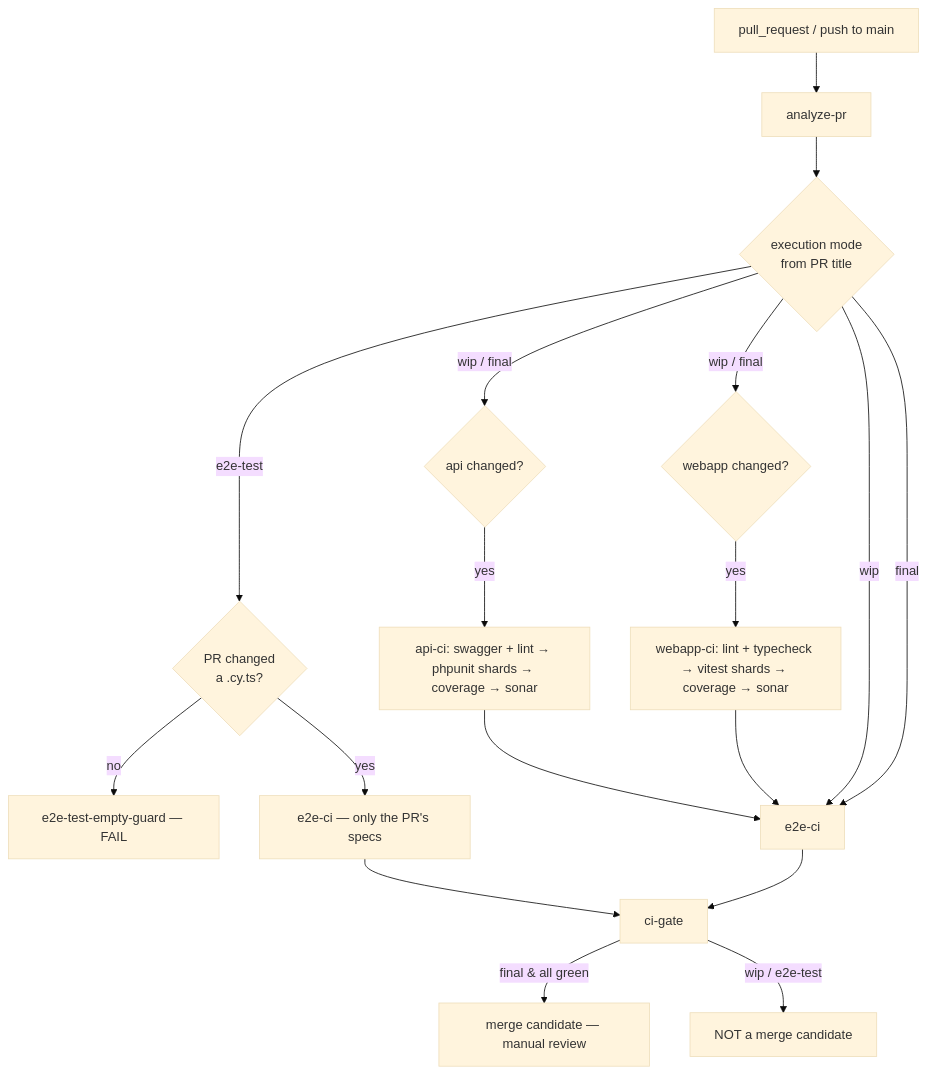
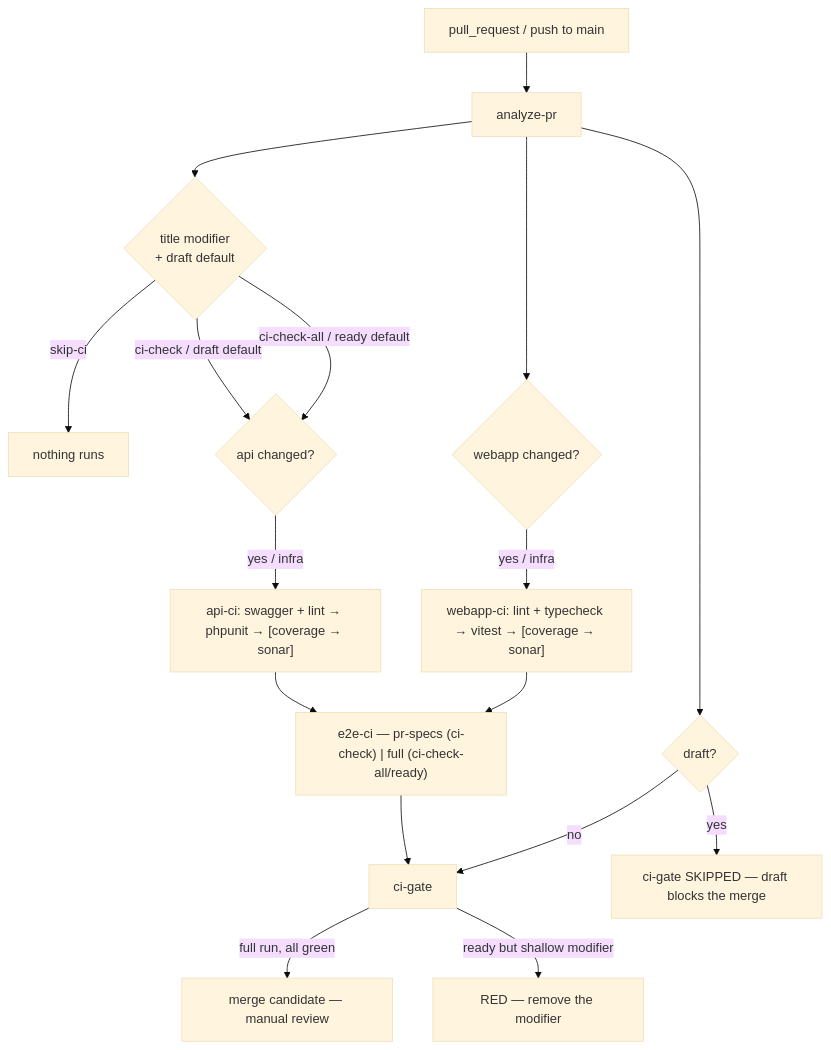
The diagram in doc/conventions/ci/pipeline.md (pakodiazdev/sushigo), drawn with Mermaid (base theme) before and after one commit. The commit also changed other lines of this file and 27 other files, not shown here.

````diff
--- a/doc/conventions/ci/pipeline.md
+++ b/doc/conventions/ci/pipeline.md
@@ -18,25 +18,23 @@
 ```mermaid
 flowchart TD
     PR[pull_request / push to main] --> A[analyze-pr]
-    A --> MODE{execution mode<br/>from PR title}
+    A --> DRAFT{draft?}
+    A --> SCOPE{title modifier<br/>+ draft default}
 
-    MODE -->|e2e-test| GUARD{PR changed<br/>a .cy.ts?}
-    GUARD -->|no| GFAIL[e2e-test-empty-guard — FAIL]
-    GUARD -->|yes| ECY[e2e-ci — only the PR's specs]
-    ECY --> GATE
+    SCOPE -->|skip-ci| NADA[nothing runs]
+    SCOPE -->|ci-check / draft default| AQ{api changed?}
+    SCOPE -->|ci-check-all / ready default| AQ
 
-    MODE -->|wip / final| AQ{api changed?}
-    MODE -->|wip / final| WQ{webapp changed?}
+    AQ -->|yes / infra| ACI["api-ci: swagger + lint → phpunit → [coverage → sonar]"]
+    A --> WQ{webapp changed?}
+    WQ -->|yes / infra| WCI["webapp-ci: lint + typecheck → vitest → [coverage → sonar]"]
 
-    AQ -->|yes| ACI[api-ci: swagger + lint → phpunit shards → coverage → sonar]
-    WQ -->|yes| WCI[webapp-ci: lint + typecheck → vitest shards → coverage → sonar]
-
-    ACI --> E2E[e2e-ci]
+    ACI --> E2E["e2e-ci — pr-specs (ci-check) | full (ci-check-all/ready)"]
     WCI --> E2E
-    MODE -->|wip| E2E
-    MODE -->|final| E2E
     E2E --> GATE[ci-gate]
 
-    GATE -->|final & all green| MERGEOK[merge candidate — manual review]
-    GATE -->|wip / e2e-test| BLOCKED[NOT a merge candidate]
+    DRAFT -->|yes| SKIP[ci-gate SKIPPED — draft blocks the merge]
+    DRAFT -->|no| GATE
+    GATE -->|full run, all green| MERGEOK[merge candidate — manual review]
+    GATE -->|ready but shallow modifier| REDMOD[RED — remove the modifier]
 ```
````
